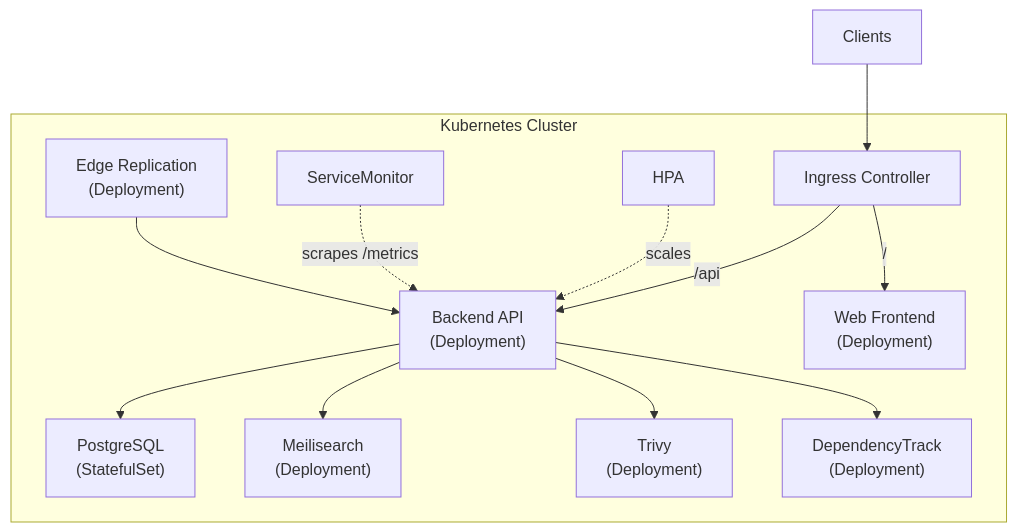
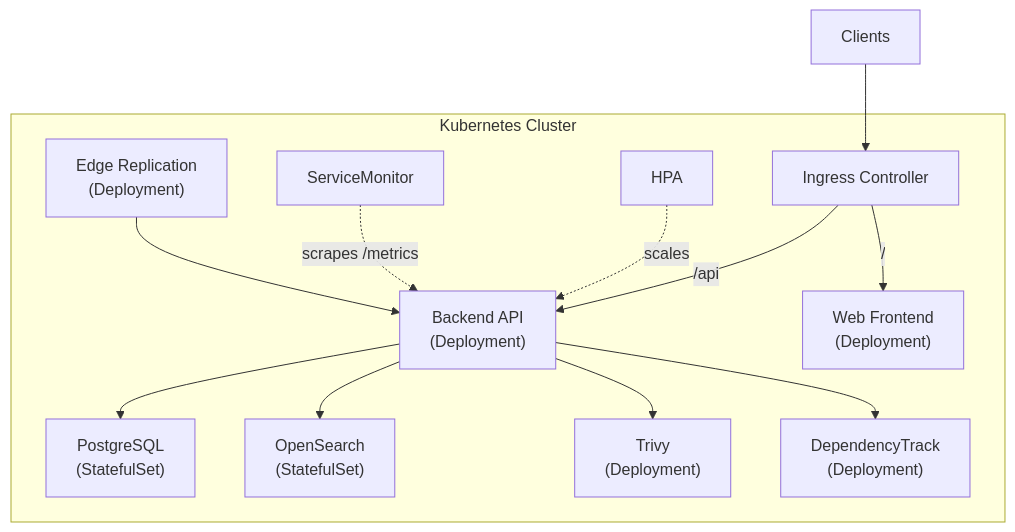
Before and after one commit to artifact-keeper/artifact-keeper-site: the diagram in src/content/docs/docs/deployment/helm.mdx, drawn with Mermaid. The commit also changed other lines of this file and 15 other files, not shown here.

First line of the commit message:
docs: update search backend docs from Meilisearch to OpenSearch (#59)

````diff
--- a/src/content/docs/docs/deployment/helm.mdx
+++ b/src/content/docs/docs/deployment/helm.mdx
@@ -62,28 +62,28 @@
 ```mermaid
 graph TD
     CLIENT["Clients"]
 
     subgraph K8S["Kubernetes Cluster"]
         ING["Ingress Controller"]
         BE["Backend API\n(Deployment)"]
         WEB["Web Frontend\n(Deployment)"]
         EDGE["Edge Replication\n(Deployment)"]
         PG["PostgreSQL\n(StatefulSet)"]
-        MS["Meilisearch\n(Deployment)"]
+        MS["OpenSearch\n(StatefulSet)"]
         TV["Trivy\n(Deployment)"]
         DT["DependencyTrack\n(Deployment)"]
         HPA["HPA"]
         SM["ServiceMonitor"]
     end
 
     CLIENT --> ING
     ING -->|"/api"| BE
     ING -->|"/"| WEB
     HPA -.->|scales| BE
     SM -.->|scrapes /metrics| BE
     BE --> PG
     BE --> MS
     BE --> TV
     BE --> DT
     EDGE --> BE
 ```
````
